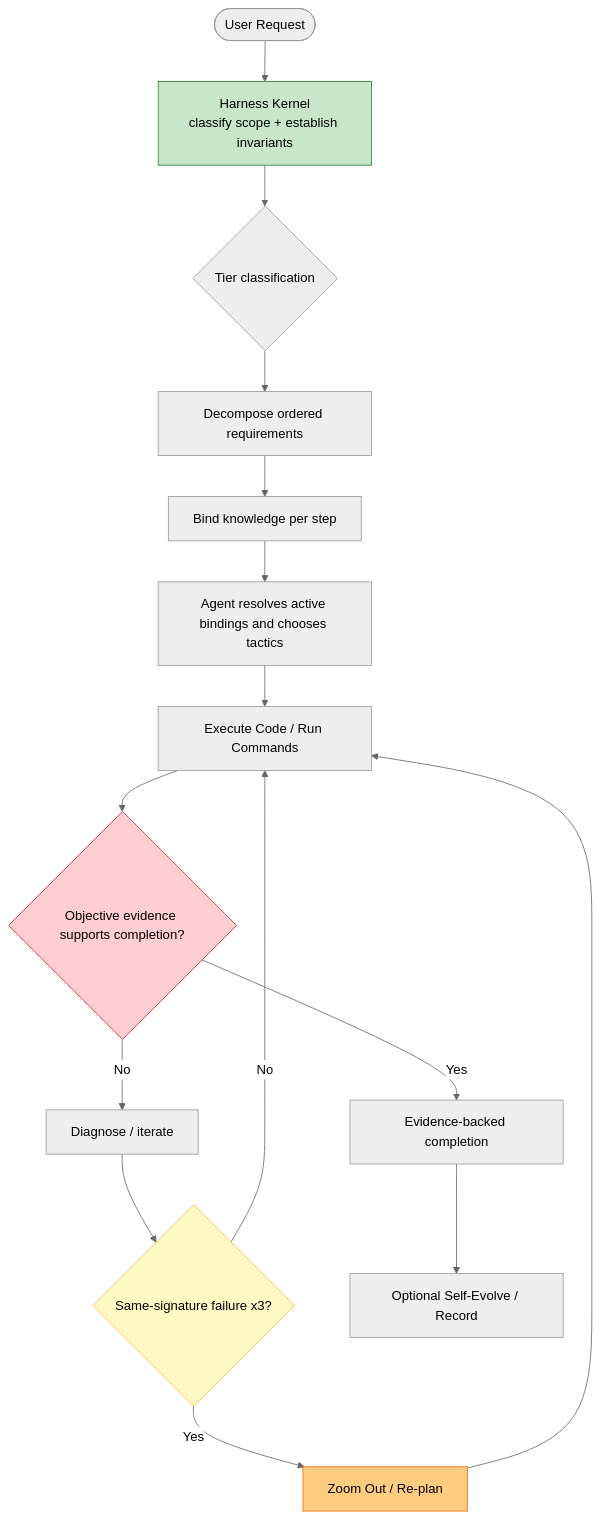
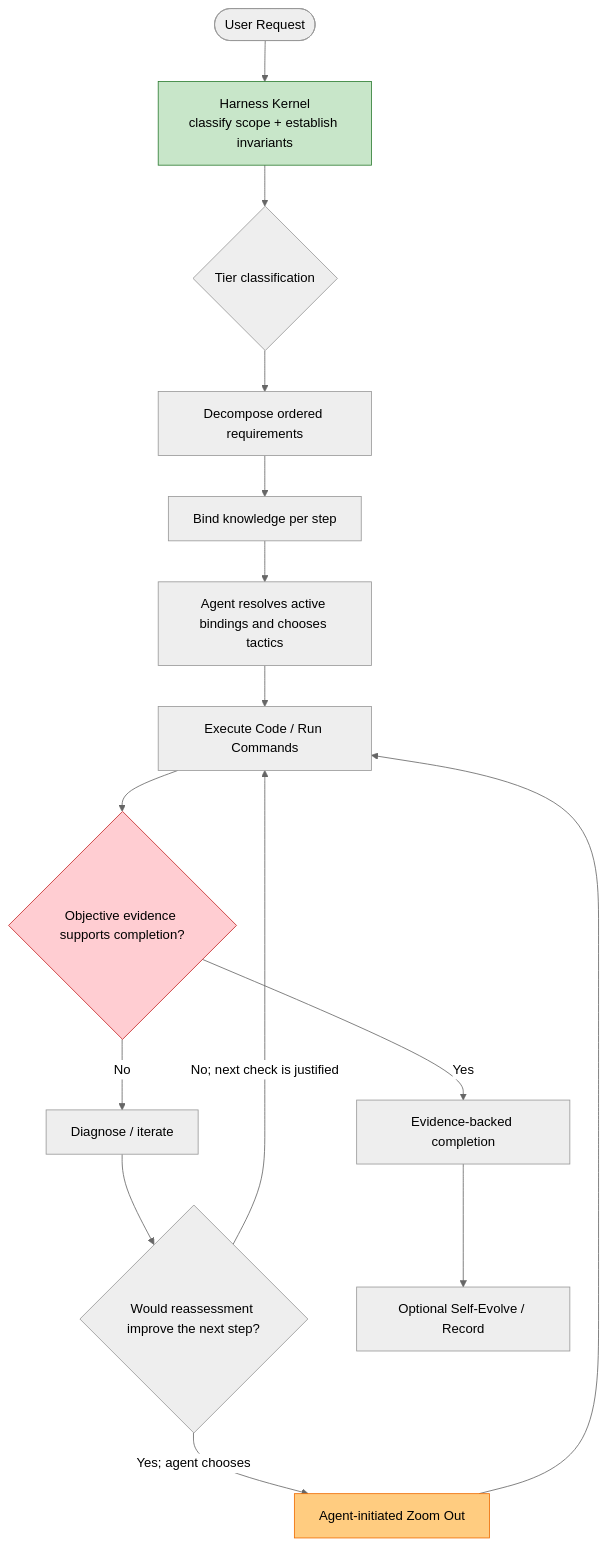
The second of 2 diagrams in README.md (dyphn1/Harness-everything), drawn with Mermaid (neutral theme) before and after one commit. The commit also changed other lines of this file and 17 other files, not shown here.

First line of the commit message:
docs(zoom-out): describe agent-initiated zoom-out in active docs

````diff
--- a/README.md
+++ b/README.md
@@ -137,21 +137,20 @@
 ```mermaid
 flowchart TD
     U([User Request]) --> K[Harness Kernel<br/>classify scope + establish invariants]
     K --> T{Tier classification}
     T --> D[Decompose ordered requirements]
     D --> B[Bind knowledge per step]
     B --> A[Agent resolves active bindings and chooses tactics]
     A --> Exec[Execute Code / Run Commands]
     Exec --> Gate{Objective evidence supports completion?}
     Gate -->|No| Retry[Diagnose / iterate]
-    Retry --> CB{Same-signature failure x3?}
-    CB -->|No| Exec
-    CB -->|Yes| ZO[Zoom Out / Re-plan]
+    Retry --> Reassess{Would reassessment improve the next step?}
+    Reassess -->|No; next check is justified| Exec
+    Reassess -->|Yes; agent chooses| ZO[Agent-initiated Zoom Out]
     ZO --> Exec
     Gate -->|Yes| Done[Evidence-backed completion]
     Done --> SE[Optional Self-Evolve / Record]
     style K fill:#c8e6c9,stroke:#2e7d32,stroke-width:1px,color:#000000
-    style CB fill:#fff9c4,stroke:#fbc02d,stroke-width:1px,color:#000000
     style ZO fill:#ffcc80,stroke:#ef6c00,stroke-width:1px,color:#000000
     style Gate fill:#ffcdd2,stroke:#c62828,stroke-width:1px,color:#000000
 ```
````
